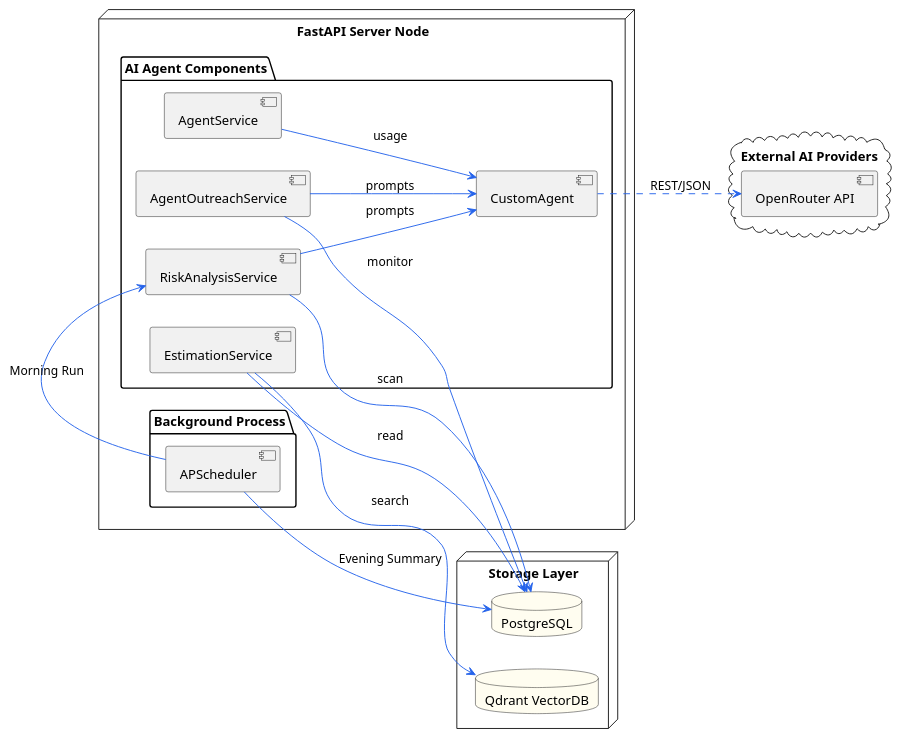
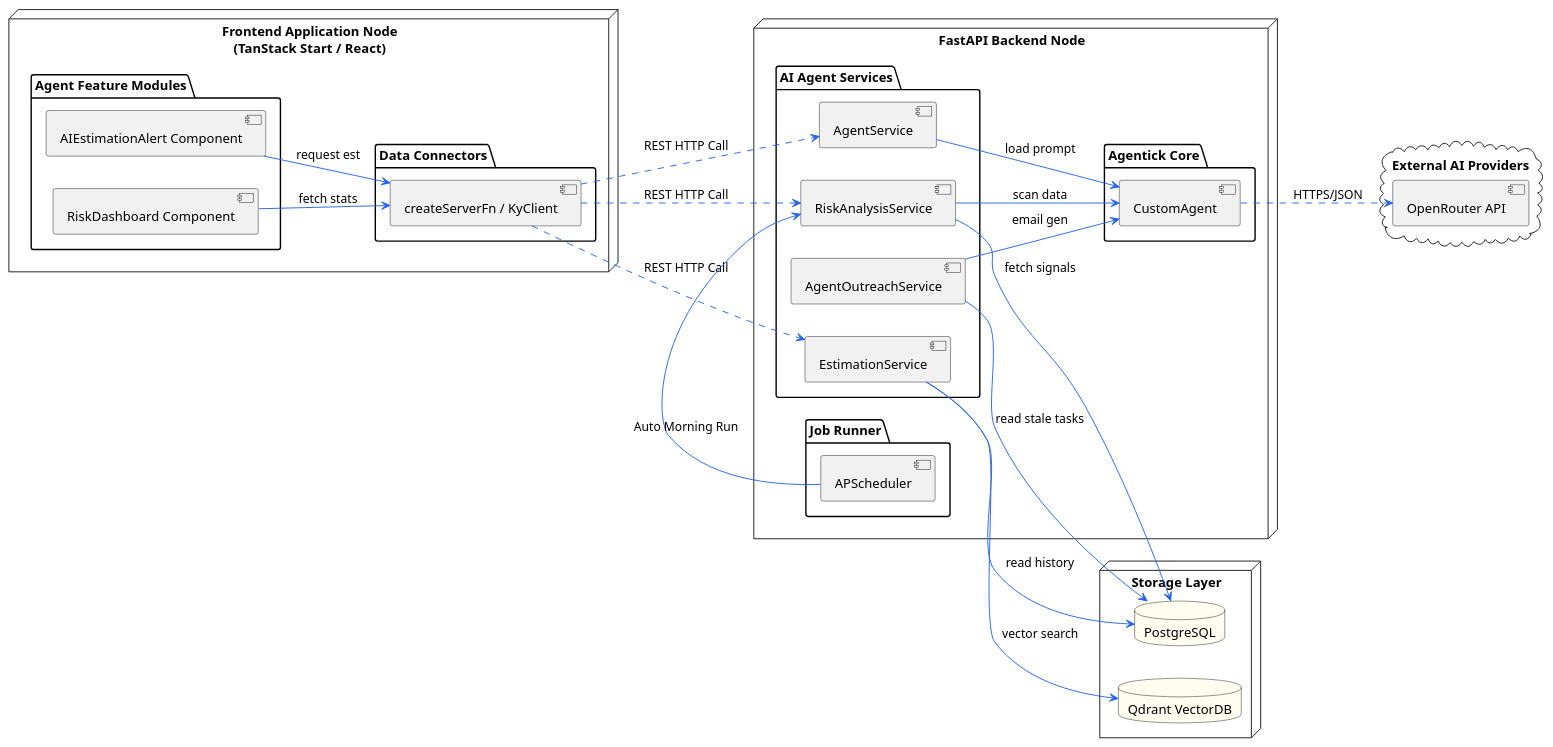
Before and after one commit to daFoggo/Agentick: the first of 5 diagrams in docs/04_ai_agent_services.md, drawn with PlantUML. The commit also changed other lines of this file and 133 other files, not shown here.

````diff
--- a/docs/04_ai_agent_services.md
+++ b/docs/04_ai_agent_services.md
@@ -22,27 +22,42 @@
 left to right direction
 
 ' ========================
-' TIER 3: EXTERNAL API
+' TIER 4: EXTERNAL API
 ' ========================
 cloud "External AI Providers" as EXT {
     [OpenRouter API] as OR_API
 }
 
 ' ========================
-' TIER 2: APPLICATION LOGIC
+' TIER 3: BACKEND LOGIC
 ' ========================
-node "FastAPI Server Node" as APP_NODE {
-    
-    package "AI Agent Components" {
-        [CustomAgent] as CA
+node "FastAPI Backend Node" as APP_NODE {
+    package "AI Agent Services" {
         [AgentService] as AS
         [EstimationService] as ES
         [RiskAnalysisService] as RAS
         [AgentOutreachService] as AOS
     }
     
-    package "Background Process" {
+    package "Agentick Core" {
+        [CustomAgent] as CA
+    }
+    
+    package "Job Runner" {
         [APScheduler] as SCH
+    }
+}
+
+' ========================
+' TIER 2: FRONTEND INTERFACE
+' ========================
+node "Frontend Application Node\n(TanStack Start / React)" as FE_NODE {
+    package "Agent Feature Modules" {
+        [RiskDashboard Component] as RD
+        [AIEstimationAlert Component] as AEA
+    }
+    package "Data Connectors" {
+        [createServerFn / KyClient] as CONN
     }
 }
 
@@ -56,23 +71,29 @@
 
 ' ======= FLOWS & RELATIONSHIPS =======
 
-' In-app Interactions
-AS -down-> CA : usage
-RAS -down-> CA : prompts
-AOS -down-> CA : prompts
+' FE to BE
+RD -down-> CONN : fetch stats
+AEA -down-> CONN : request est
+CONN ..> AS : REST HTTP Call
+CONN ..> ES : REST HTTP Call
+CONN ..> RAS : REST HTTP Call
 
-' External Connection
-CA ..> OR_API : "REST/JSON"
+' BE Internal
+AS -down-> CA : load prompt
+RAS -down-> CA : scan data
+AOS -down-> CA : email gen
 
-' Data Persistence
-ES -down-> QD_DB : "search"
-ES -down-> PG_DB : "read"
-RAS -down-> PG_DB : "scan"
-AOS -down-> PG_DB : "monitor"
+' BE to Cloud
+CA ..> OR_API : "HTTPS/JSON"
 
-' Automation Scheduler
-SCH -right-> RAS : "Morning Run"
-SCH -right-> PG_DB : "Evening Summary"
+' BE to DB
+ES -down-> QD_DB : "vector search"
+ES -down-> PG_DB : "read history"
+RAS -down-> PG_DB : "fetch signals"
+AOS -down-> PG_DB : "read stale tasks"
+
+' Scheduler
+SCH -right-> RAS : "Auto Morning Run"
 
 @enduml
 ```
````
